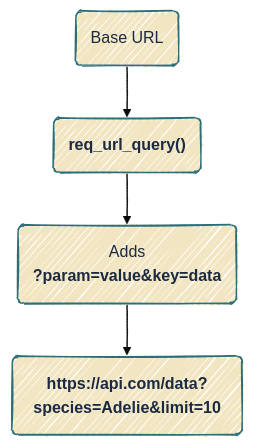
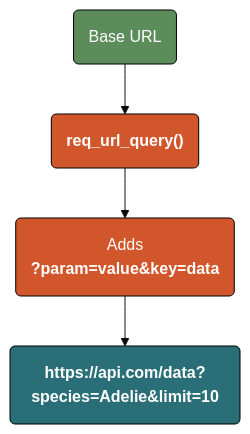
One commit to mjfrigaard/do4ds-labs changed the second of 4 diagrams in httr2.qmd. Above: the diagram before and after it, drawn with Mermaid. The commit also changed other lines of this file and 48 other files, not shown here.

````diff
--- a/httr2.qmd
+++ b/httr2.qmd
@@ -75,12 +78,15 @@
 ```{mermaid}
 %%| fig-width: 6.5
-%%| fig-align: center
-%%{init: {'theme': 'base', 'look': 'handDrawn', 'themeVariables': {'fontFamily': 'monospace'}}}%%
+%%| fig-align: 'center'
+%%{init: {'theme': 'base', 'themeVariables': {'fontFamily': 'monospace'}}}%%
 
 graph TD
 	A("Base URL") --> B("<strong>req_url_query()</strong>")
 	B --> C("Adds<br><strong>?param=value&key=data</strong>")
 	C --> D("<strong>https://</strong><strong>api.com/data?species=Adelie&limit=10</strong>")
-    classDef default fill:#F2E6C2,stroke:#2A6F77,color:#1B2A41
+    style A fill:#5B8C5A,stroke:#000000,stroke-width:1px,color:#ffffff
+    style B fill:#D2562B,stroke:#000000,stroke-width:1px,color:#ffffff
+    style C fill:#D2562B,stroke:#000000,stroke-width:1px,color:#ffffff
+    style D fill:#2A6F77,stroke:#000000,stroke-width:1px,color:#ffffff
 
 ```
````
